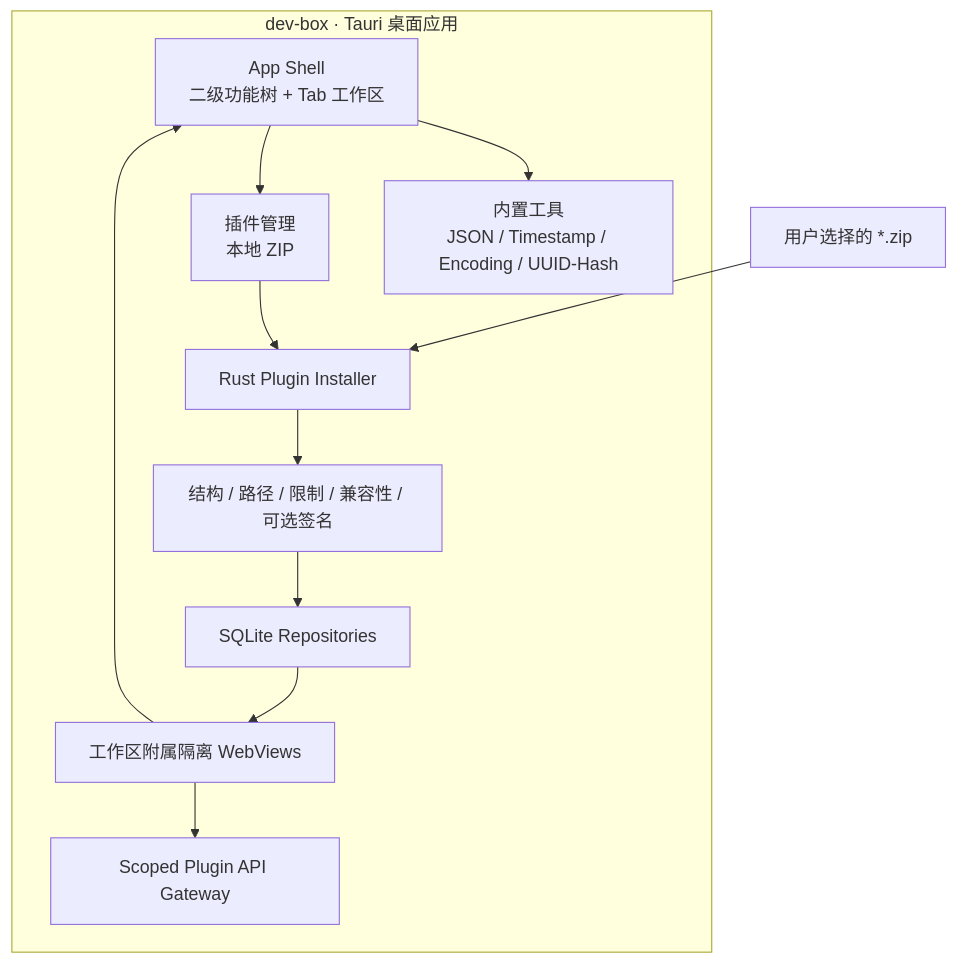
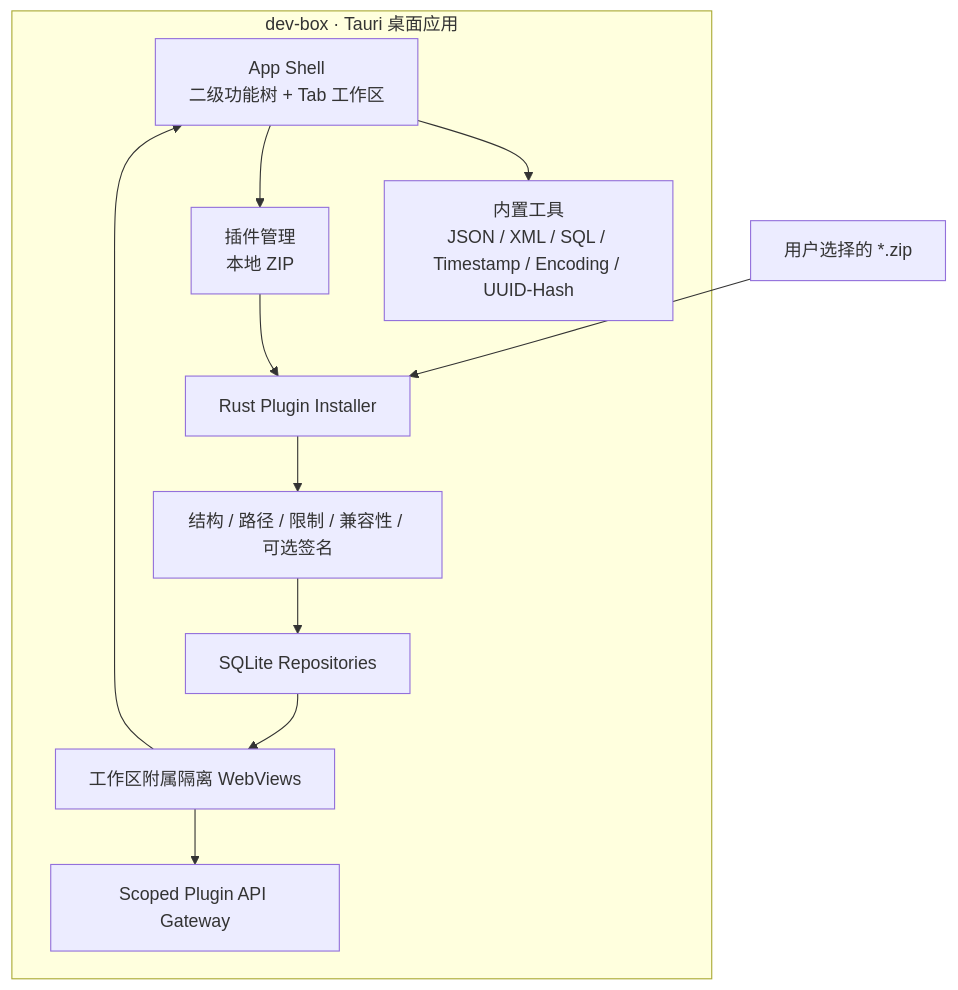
The diagram in design/devbox-architecture-design.md (GuDaoCoder/dev-box), drawn with Mermaid before and after one commit. The commit also changed other lines of this file and 44 other files, not shown here.

````diff
--- a/design/devbox-architecture-design.md
+++ b/design/devbox-architecture-design.md
@@ -53,21 +53,21 @@
 ```mermaid
 flowchart TB
     subgraph Desktop["dev-box · Tauri 桌面应用"]
         Shell["App Shell\n二级功能树 + Tab 工作区"]
-        Builtins["内置工具\nJSON / Timestamp / Encoding / UUID-Hash"]
+        Builtins["内置工具\nJSON / XML / SQL / Timestamp / Encoding / UUID-Hash"]
         Center["插件管理\n本地 ZIP"]
         Installer["Rust Plugin Installer"]
         Validator["结构 / 路径 / 限制 / 兼容性 / 可选签名"]
         Repo["SQLite Repositories"]
         Runtime["工作区附属隔离 WebViews"]
         Gateway["Scoped Plugin API Gateway"]
 
         Shell --> Builtins
         Shell --> Center
         Center --> Installer --> Validator --> Repo
         Repo --> Runtime --> Gateway
         Runtime --> Shell
     end
 
     LocalZip["用户选择的 *.zip"] --> Installer
 ```
````
